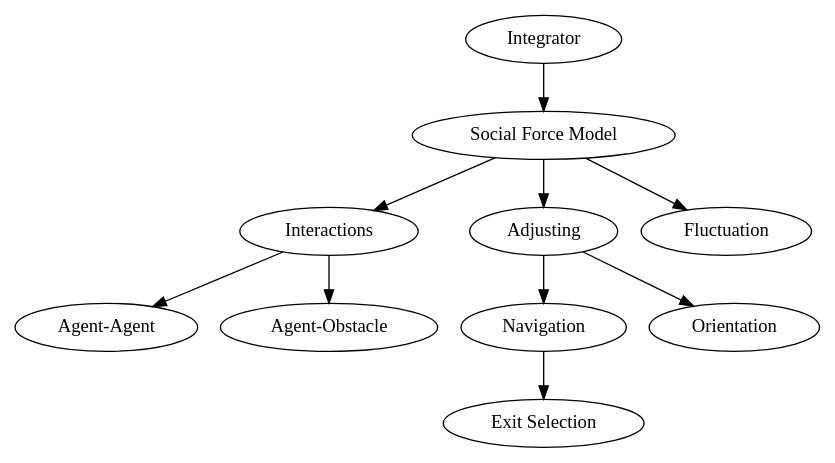
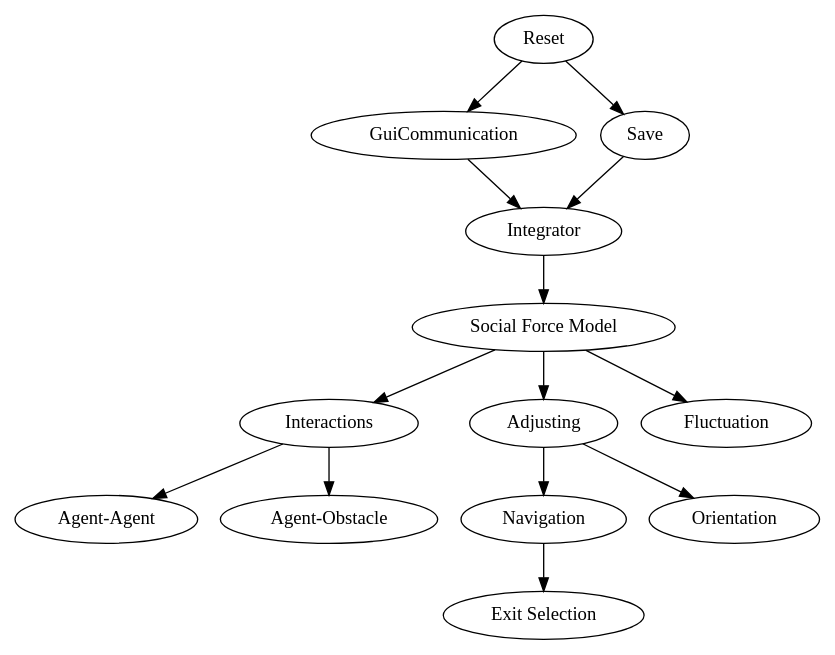
Before and after one commit to crowddynamics/crowddynamics: the diagram in docs/source/multiagent/task_graph.dot, drawn with Graphviz. The commit also changed 47 other files, not shown here.

```diff
--- a/docs/source/multiagent/task_graph.dot
+++ b/docs/source/multiagent/task_graph.dot
@@ -1,17 +1,23 @@
 digraph foo {
+      "Reset" -> {
+          "GuiCommunication";
+          "Save";
+      };
+      "GuiCommunication" -> "Integrator";
+      "Save" -> "Integrator";
       "Integrator" -> "Social Force Model";
       "Social Force Model" -> {
           "Interactions";
           "Adjusting";
           "Fluctuation";
       }
       "Adjusting" -> {
         "Navigation";
         "Orientation";
       }
       "Navigation" -> "Exit Selection";
       "Interactions" -> {
         "Agent-Agent";
         "Agent-Obstacle"
       }
     }
```
